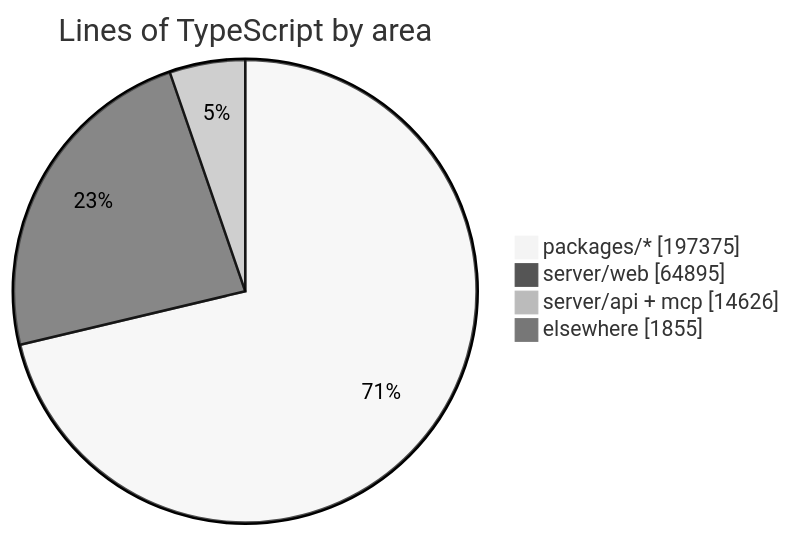
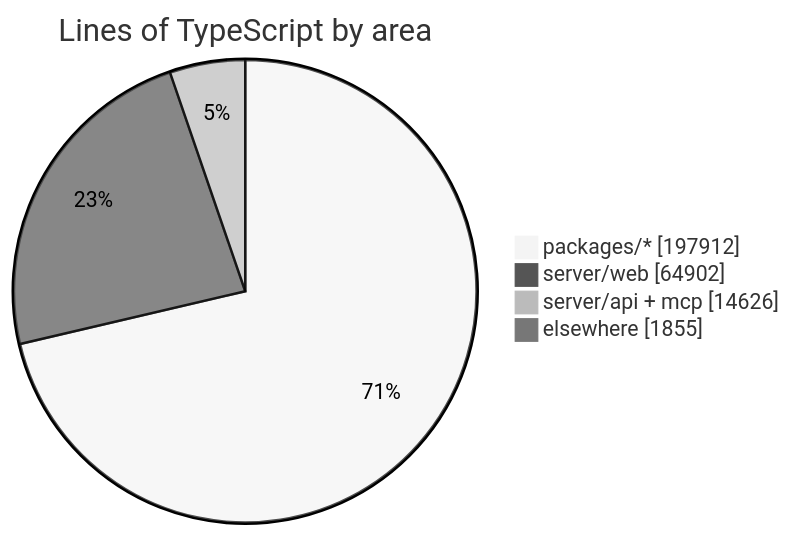
Before and after one commit to crossworks-engineering/mantle: the diagram in README.md, drawn with Mermaid (neutral theme). The commit also changed other lines of this file and 2 other files, not shown here.

````diff
--- a/README.md
+++ b/README.md
@@ -287,7 +287,7 @@
 ```mermaid
 pie showData title Lines of TypeScript by area
-    "packages/*" : 197375
-    "server/web" : 64895
+    "packages/*" : 197912
+    "server/web" : 64902
     "server/api + mcp" : 14626
     "elsewhere" : 1855
 ```
````
